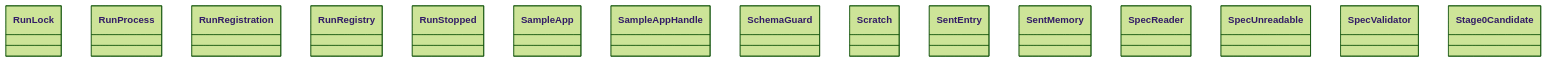
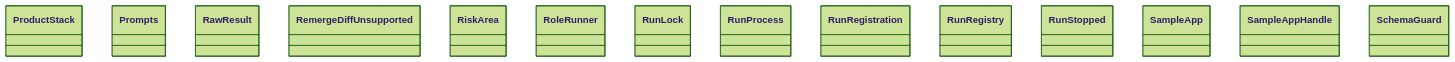
The diagram in docs/architecture/generated/classes-process-application-support-5.md (GonzaloZevallos/agentic-system), drawn with Mermaid (forest theme) before and after one commit. The commit also changed other lines of this file and 22 other files, not shown here.

Commit message:
Place the lesson decision module in the docs clusters and regenerate the architecture pages

````diff
--- a/docs/architecture/generated/classes-process-application-support-5.md
+++ b/docs/architecture/generated/classes-process-application-support-5.md
@@ -19,18 +20,17 @@
 ```mermaid
 classDiagram
+    class ports__ProductStack["ProductStack"]
+    class ports__Prompts["Prompts"]
+    class ports__RawResult["RawResult"]
+    class ports__RemergeDiffUnsupported["RemergeDiffUnsupported"]
+    class ports__RiskArea["RiskArea"]
+    class ports__RoleRunner["RoleRunner"]
     class ports__RunLock["RunLock"]
     class ports__RunProcess["RunProcess"]
     class ports__RunRegistration["RunRegistration"]
     class ports__RunRegistry["RunRegistry"]
     class ports__RunStopped["RunStopped"]
     class ports__SampleApp["SampleApp"]
     class ports__SampleAppHandle["SampleAppHandle"]
     class ports__SchemaGuard["SchemaGuard"]
-    class ports__Scratch["Scratch"]
-    class ports__SentEntry["SentEntry"]
-    class ports__SentMemory["SentMemory"]
-    class ports__SpecReader["SpecReader"]
-    class ports__SpecUnreadable["SpecUnreadable"]
-    class ports__SpecValidator["SpecValidator"]
-    class ports__Stage0Candidate["Stage0Candidate"]
 ```
````
